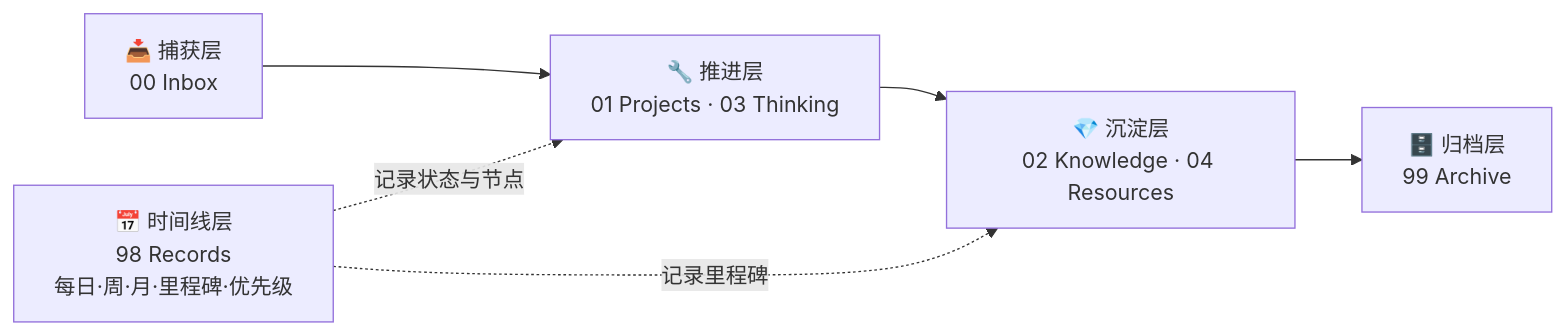
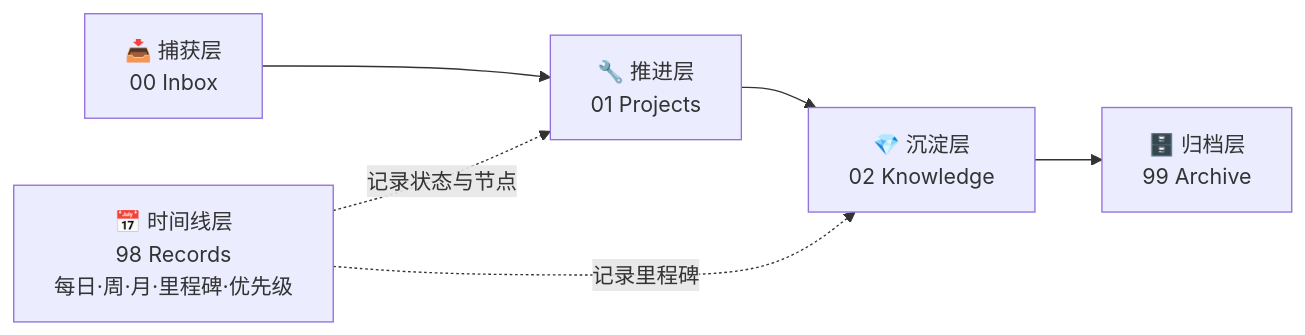
One commit to yFan666/Dbu-Notes changed the first of 4 diagrams in 00 Inbox/记录链路与记录方式.md. Above: the diagram before and after it, drawn with Mermaid. The commit also changed other lines of this file and 23 other files, not shown here.

````diff
--- a/00 Inbox/记录链路与记录方式.md
+++ b/00 Inbox/记录链路与记录方式.md
@@ -18,10 +18,10 @@
 ```mermaid
 flowchart LR
-  CAP["📥 捕获层<br/>00 Inbox"] --> ACT["🔧 推进层<br/>01 Projects · 03 Thinking"]
-  ACT --> DIS["💎 沉淀层<br/>02 Knowledge · 04 Resources"]
+  CAP["📥 捕获层<br/>00 Inbox"] --> ACT["🔧 推进层<br/>01 Projects"]
+  ACT --> DIS["💎 沉淀层<br/>02 Knowledge"]
   DIS --> ARC["🗄️ 归档层<br/>99 Archive"]
 
   REC["📅 时间线层<br/>98 Records<br/>每日·周·月·里程碑·优先级"]
   REC -. 记录状态与节点 .-> ACT
   REC -. 记录里程碑 .-> DIS
 ```
````
